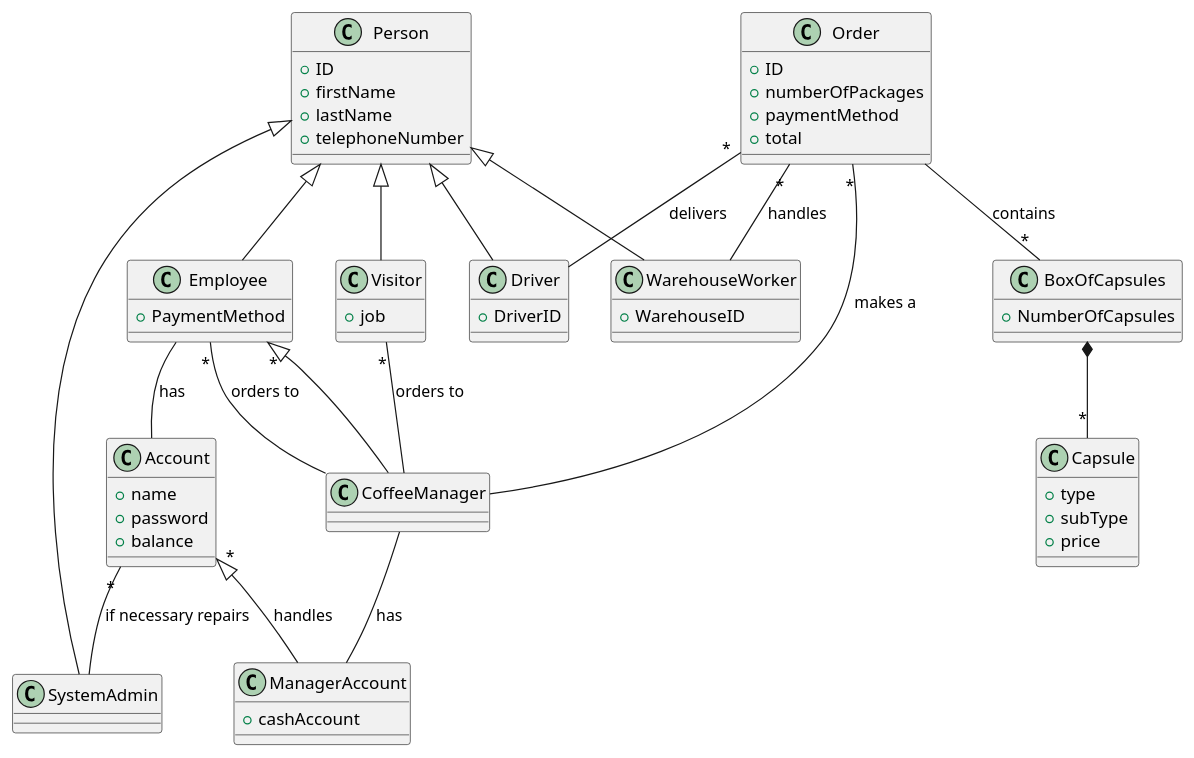
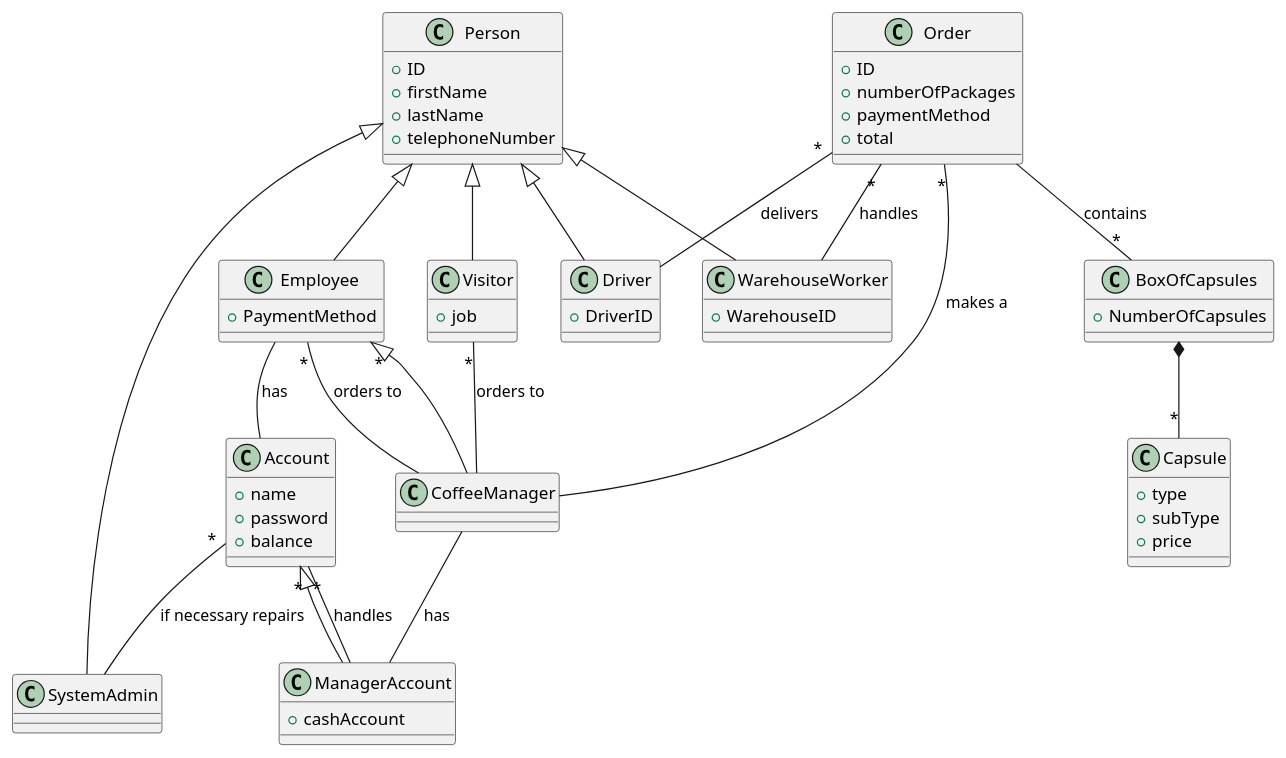
One commit to salvatore-dimartino/LaTazza changed the third of 4 diagrams in templates/RequirementsTemplate.md. Above: the diagram before and after it, drawn with PlantUML.

```diff
--- a/templates/RequirementsTemplate.md
+++ b/templates/RequirementsTemplate.md
@@ -564,6 +564,8 @@
     
 }
 
+
+Account "*" -- ManagerAccount: handles
 Account "*" -- SystemAdmin :if necessary repairs
 Order "*" -- WarehouseWorker :handles
 Order "*" -- Driver :delivers
@@ -573,7 +575,7 @@
 Person <|-- WarehouseWorker
 Person <|-- SystemAdmin
 BoxOfCapsules *-- "*" Capsule
-Account "*" <|-- ManagerAccount :handles
+Account "*" <|-- ManagerAccount
 Employee "*" <|-- CoffeeManager
 Employee "*"-- CoffeeManager : orders to
 Order "*" -- CoffeeManager : makes a
```
